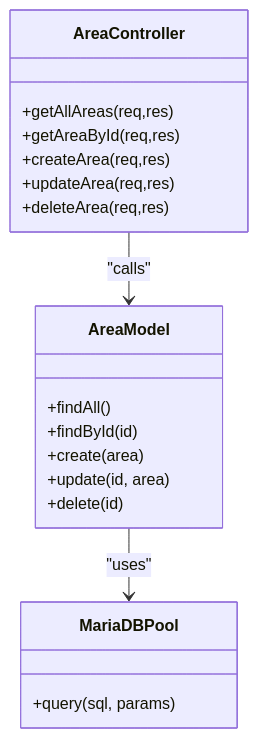
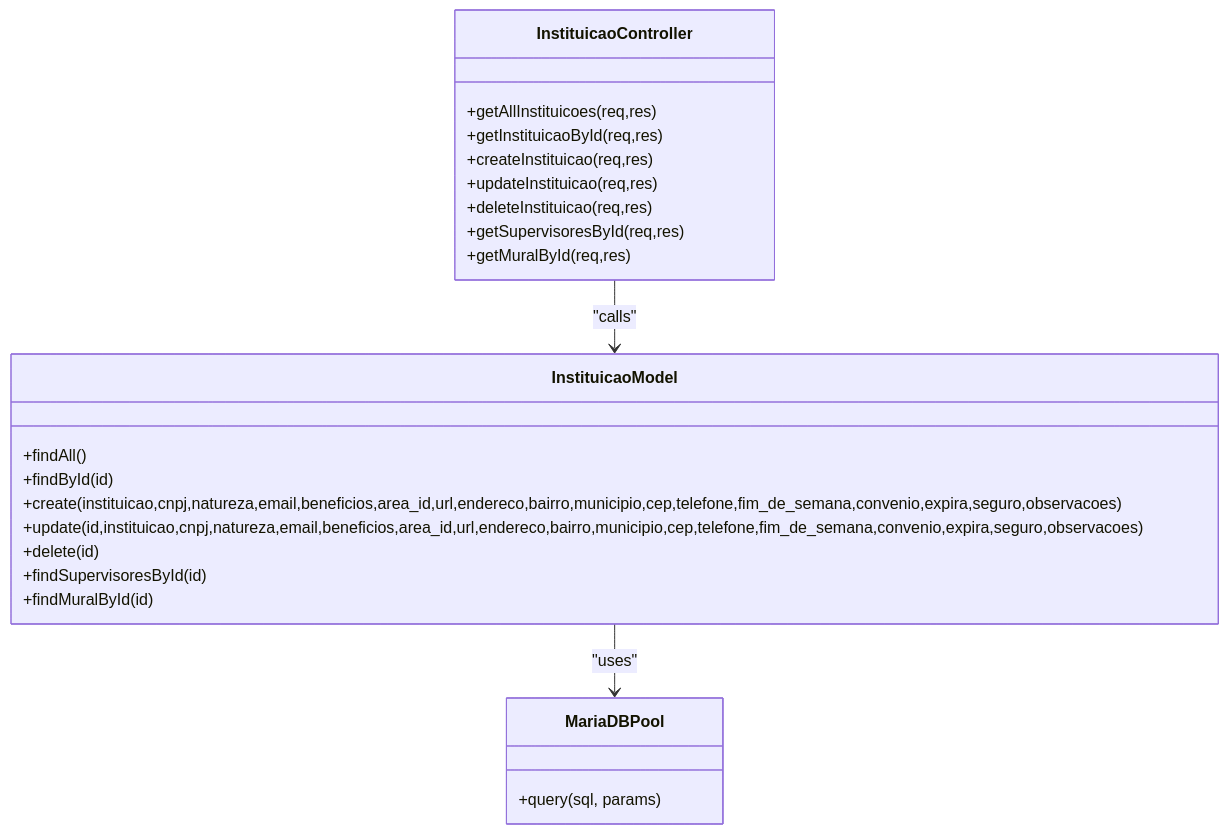
The third of 6 diagrams in .qoder/repowiki/en/content/Core Features Implementation/Institutional Management.md (luiseduacosta/nodemural), drawn with Mermaid before and after one commit. The commit also changed other lines of this file and 27 other files, not shown here.

````diff
--- a/.qoder/repowiki/en/content/Core Features Implementation/Institutional Management.md
+++ b/.qoder/repowiki/en/content/Core Features Implementation/Institutional Management.md
@@ -157,22 +187,26 @@
 ```mermaid
 classDiagram
-class AreaController {
-+getAllAreas(req,res)
-+getAreaById(req,res)
-+createArea(req,res)
-+updateArea(req,res)
-+deleteArea(req,res)
+class InstituicaoController {
++getAllInstituicoes(req,res)
++getInstituicaoById(req,res)
++createInstituicao(req,res)
++updateInstituicao(req,res)
++deleteInstituicao(req,res)
++getSupervisoresById(req,res)
++getMuralById(req,res)
 }
-class AreaModel {
+class InstituicaoModel {
 +findAll()
 +findById(id)
-+create(area)
-+update(id, area)
++create(instituicao,cnpj,natureza,email,beneficios,area_id,url,endereco,bairro,municipio,cep,telefone,fim_de_semana,convenio,expira,seguro,observacoes)
++update(id,instituicao,cnpj,natureza,email,beneficios,area_id,url,endereco,bairro,municipio,cep,telefone,fim_de_semana,convenio,expira,seguro,observacoes)
 +delete(id)
++findSupervisoresById(id)
++findMuralById(id)
 }
 class MariaDBPool {
 +query(sql, params)
 }
-AreaController --> AreaModel : "calls"
-AreaModel --> MariaDBPool : "uses"
+InstituicaoController --> InstituicaoModel : "calls"
+InstituicaoModel --> MariaDBPool : "uses"
 ```
````
